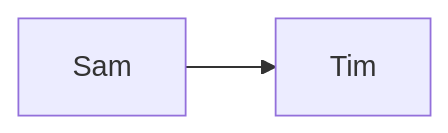
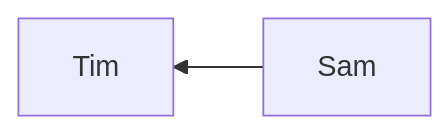
The second of 3 diagrams in docs/TNSI/01ListesPilesFiles/010Files/01definition.md (nsiceret/test_mkdocs), drawn with Mermaid before and after one commit. The commit also changed other lines of this file and 43 other files, not shown here.

````diff
--- a/docs/TNSI/01ListesPilesFiles/010Files/01definition.md
+++ b/docs/TNSI/01ListesPilesFiles/010Files/01definition.md
@@ -29,4 +33,4 @@
     ```mermaid
-    graph LR
+    graph RL
       Sam --> Tim;
     ```
````
